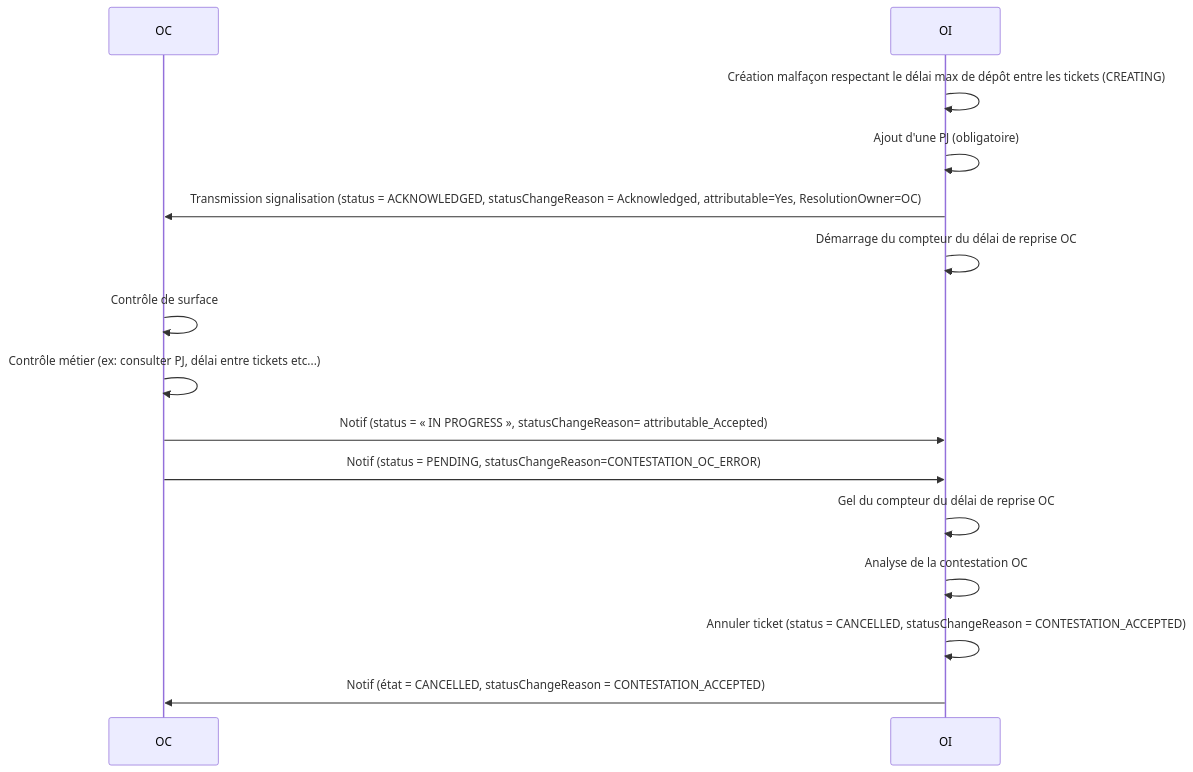
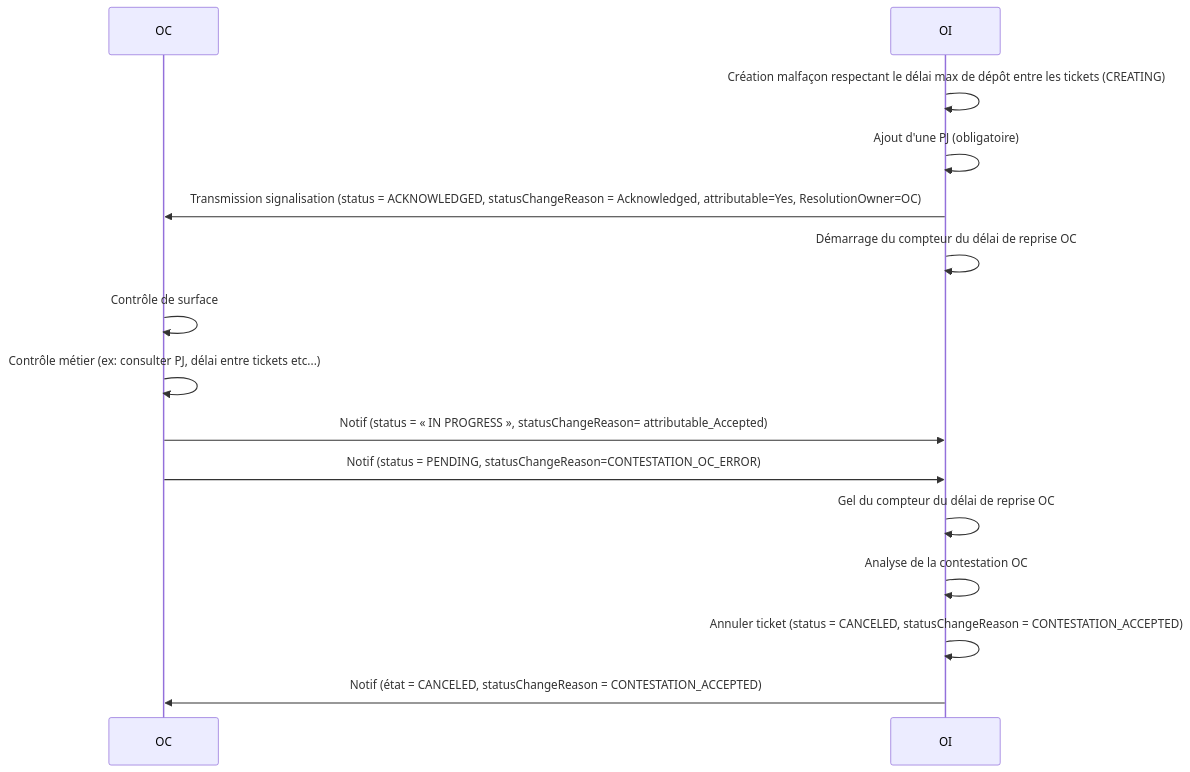
Before and after one commit to before-interop/malfacon: the eighth of 12 diagrams in README.md, drawn with Mermaid. The commit also changed other lines of this file and 1 other file, not shown here.

Commit message:
remplacer CANCELLED par CANCELED

````diff
--- a/README.md
+++ b/README.md
@@ -616,19 +616,19 @@
 ```mermaid
 sequenceDiagram
 
   participant OC
   participant OI
 
   OI->>OI: Création malfaçon respectant le délai max de dépôt entre les tickets (CREATING)
   OI->>OI: Ajout d'une PJ (obligatoire)
   OI->>OC: Transmission signalisation (status = ACKNOWLEDGED, statusChangeReason = Acknowledged, attributable=Yes, ResolutionOwner=OC)
   OI->>OI: Démarrage du compteur du délai de reprise OC
   OC->>OC: Contrôle de surface
   OC->>OC: Contrôle métier (ex: consulter PJ, délai entre tickets etc...)
   OC->>OI: Notif (status = « IN PROGRESS », statusChangeReason= attributable_Accepted)
   OC->>OI: Notif (status = PENDING, statusChangeReason=CONTESTATION_OC_ERROR)
   OI->>OI: Gel du compteur du délai de reprise OC
   OI->>OI: Analyse de la contestation OC
-  OI->>OI: Annuler ticket (status = CANCELLED, statusChangeReason = CONTESTATION_ACCEPTED)
-  OI->>OC: Notif (état = CANCELLED, statusChangeReason = CONTESTATION_ACCEPTED)
+  OI->>OI: Annuler ticket (status = CANCELED, statusChangeReason = CONTESTATION_ACCEPTED)
+  OI->>OC: Notif (état = CANCELED, statusChangeReason = CONTESTATION_ACCEPTED)
 ```
````
